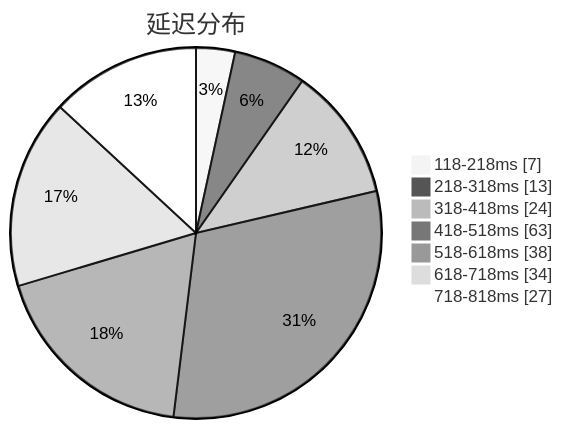
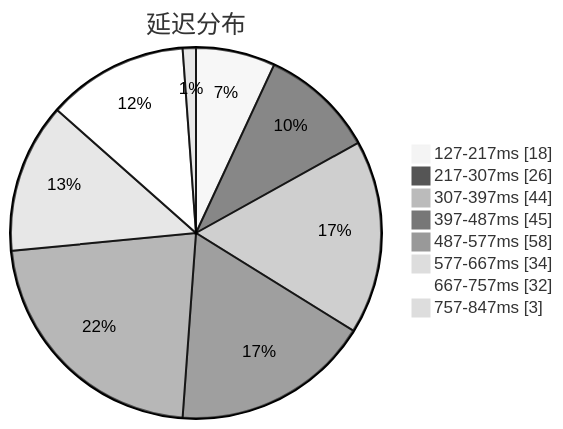
One commit to sinspired/airport changed the first of 3 diagrams in subs/statistics/tested_within.md. Above: the diagram before and after it, drawn with Mermaid (neutral theme). The commit also changed other lines of this file and 2 other files, not shown here.

````diff
--- a/subs/statistics/tested_within.md
+++ b/subs/statistics/tested_within.md
@@ -2,11 +2,12 @@
 ```mermaid
 pie showData
 title 延迟分布
-"118-218ms" : 7
-"218-318ms" : 13
-"318-418ms" : 24
-"418-518ms" : 63
-"518-618ms" : 38
-"618-718ms" : 34
-"718-818ms" : 27
+"127-217ms" : 18
+"217-307ms" : 26
+"307-397ms" : 44
+"397-487ms" : 45
+"487-577ms" : 58
+"577-667ms" : 34
+"667-757ms" : 32
+"757-847ms" : 3
 ```
````
